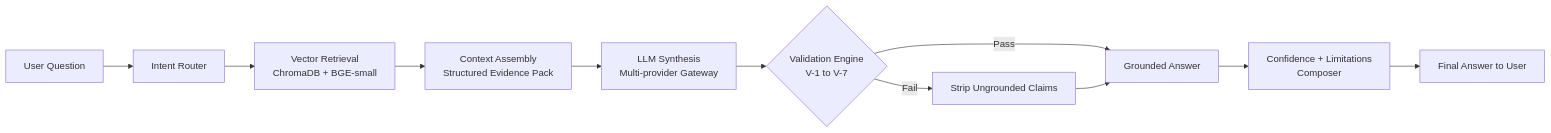
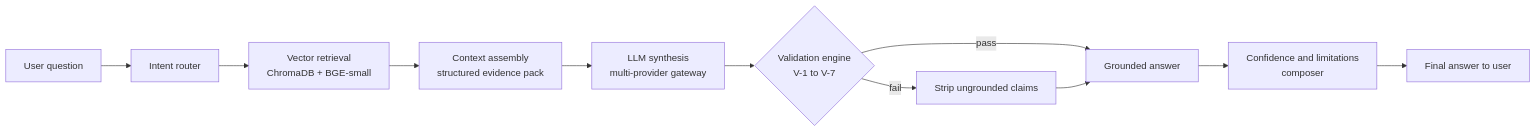
The second of 5 diagrams in README.md (HippomasAKiB1/aegnyxzero), drawn with Mermaid before and after one commit. The commit also changed other lines of this file, not shown here.

````diff
--- a/README.md
+++ b/README.md
@@ -80,13 +101,13 @@
 ```mermaid
 flowchart LR
-    A[User Question] --> B[Intent Router]
-    B --> C[Vector Retrieval<br/>ChromaDB + BGE-small]
-    C --> D[Context Assembly<br/>Structured Evidence Pack]
-    D --> E[LLM Synthesis<br/>Multi-provider Gateway]
-    E --> F{Validation Engine<br/>V-1 to V-7}
-    F -->|Pass| G[Grounded Answer]
-    F -->|Fail| H[Strip Ungrounded Claims]
+    A["User question"] --> B["Intent router"]
+    B --> C["Vector retrieval<br/>ChromaDB + BGE-small"]
+    C --> D["Context assembly<br/>structured evidence pack"]
+    D --> E["LLM synthesis<br/>multi-provider gateway"]
+    E --> F{"Validation engine<br/>V-1 to V-7"}
+    F -->|pass| G["Grounded answer"]
+    F -->|fail| H["Strip ungrounded claims"]
     H --> G
-    G --> I[Confidence + Limitations<br/>Composer]
-    I --> J[Final Answer to User]
+    G --> I["Confidence and limitations<br/>composer"]
+    I --> J["Final answer to user"]
 ```
````
